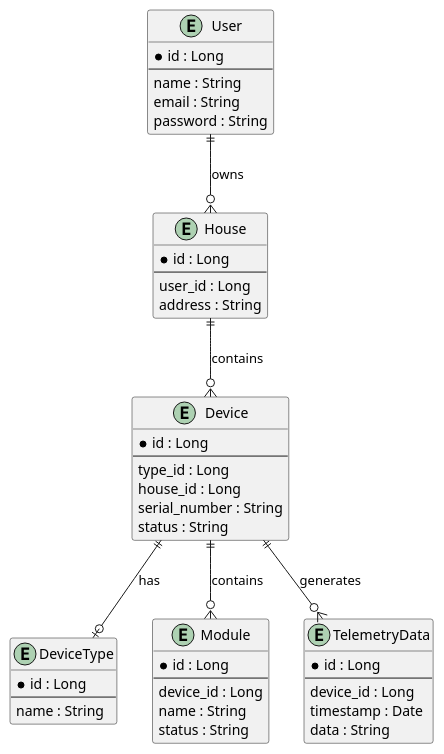
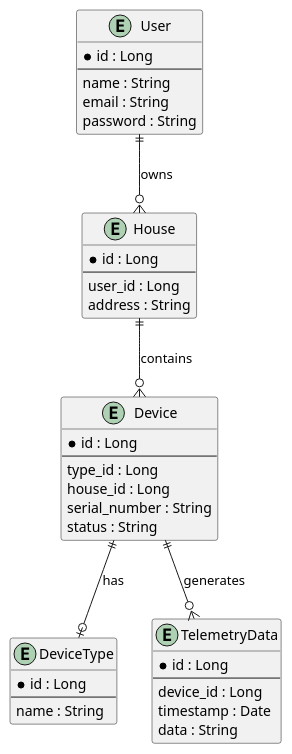
The diagram in ER.puml (am-avraam/architecture-sprint-3), drawn with PlantUML before and after one commit. The commit also changed 9 other files, not shown here.

```diff
--- a/ER.puml
+++ b/ER.puml
@@ -1,53 +1,44 @@
 @startuml
 entity "User" as user {
     * id : Long
     --
     name : String
     email : String
     password : String
 }
 
 entity "House" as house {
     * id : Long
     --
     user_id : Long
     address : String
 }
 
 entity "Device" as device {
     * id : Long
     --
     type_id : Long
     house_id : Long
     serial_number : String
     status : String
 }
 
 entity "DeviceType" as deviceType {
     * id : Long
     --
     name : String
 }
 
-entity "Module" as module {
-    * id : Long
-    --
-    device_id : Long
-    name : String
-    status : String
-}
-
 entity "TelemetryData" as telemetryData {
     * id : Long
     --
     device_id : Long
     timestamp : Date
     data : String
 }
 
 user ||--o{ house : "owns"
 house ||--o{ device : "contains"
 device ||--o| deviceType : "has"
-device ||--o{ module : "contains"
 device ||--o{ telemetryData : "generates"
 @enduml
```
